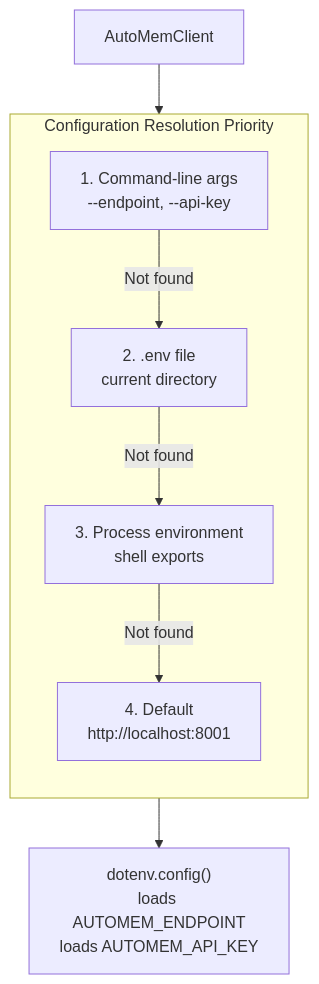
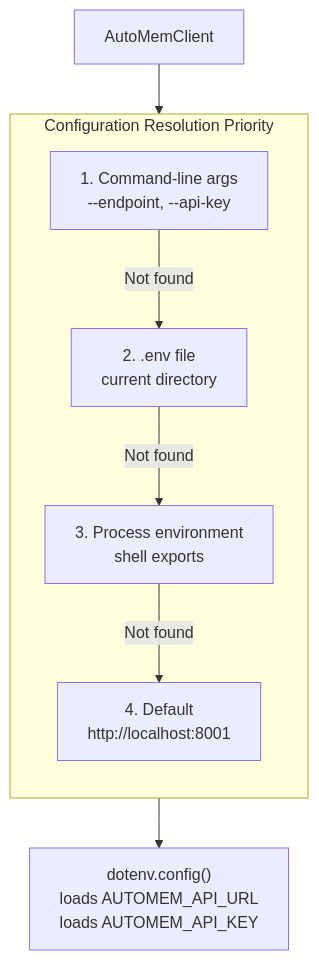
Before and after one commit to verygoodplugins/automem-website: the fourth of 5 diagrams in src/content/docs/docs/reference/configuration.md, drawn with Mermaid. The commit also changed other lines of this file, not shown here.

````diff
--- a/src/content/docs/docs/reference/configuration.md
+++ b/src/content/docs/docs/reference/configuration.md
@@ -381,17 +383,17 @@
 ```mermaid
 graph TB
     subgraph "Configuration Resolution Priority"
         direction TB
         CMD["1. Command-line args<br/>--endpoint, --api-key"]
         ENV_FILE["2. .env file<br/>current directory"]
         PROCESS_ENV["3. Process environment<br/>shell exports"]
         DEFAULT["4. Default<br/>http://localhost:8001"]
     end
 
     AUTO_CLIENT["AutoMemClient"] --> CMD
     CMD -->|Not found| ENV_FILE
     ENV_FILE -->|Not found| PROCESS_ENV
     PROCESS_ENV -->|Not found| DEFAULT
 
-    ENV_FILE --> DOT_ENV["dotenv.config()<br/>loads AUTOMEM_ENDPOINT<br/>loads AUTOMEM_API_KEY"]
+    ENV_FILE --> DOT_ENV["dotenv.config()<br/>loads AUTOMEM_API_URL<br/>loads AUTOMEM_API_KEY"]
 ```
````
